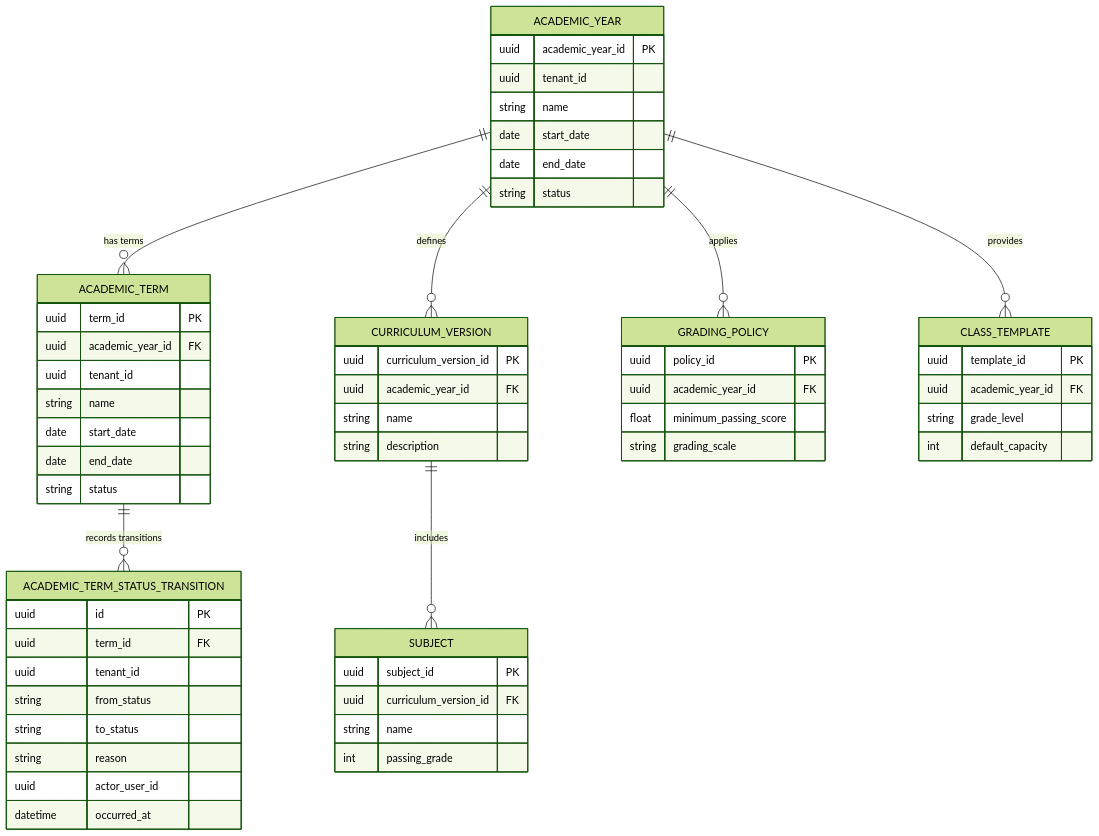
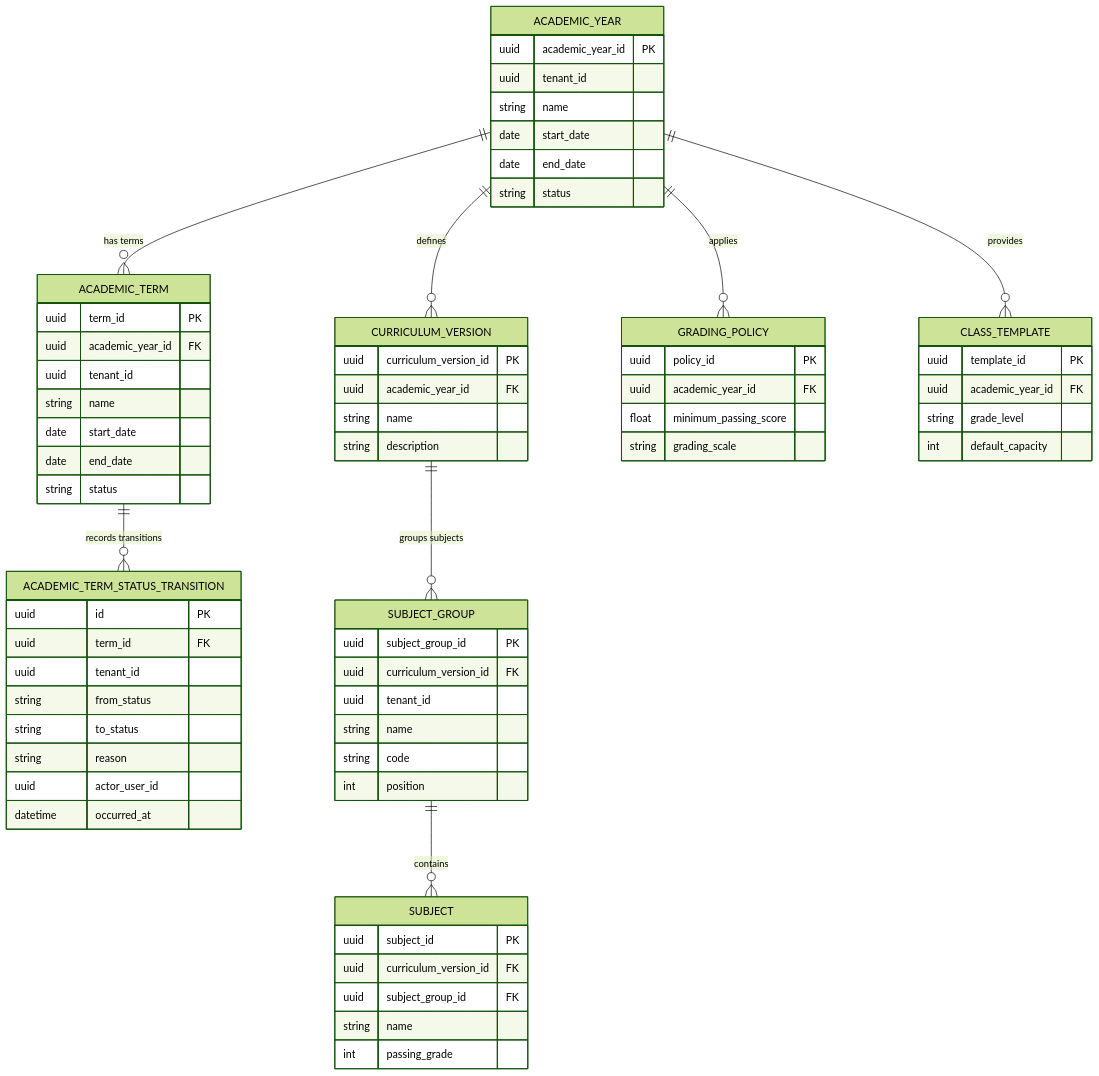
Before and after one commit to protocyber/akademiq: the diagram in docs/internal/10_data_design/03_Academic_Config_Service_ERD.md, drawn with Mermaid (forest theme). The commit also changed other lines of this file and 25 other files, not shown here.

````diff
--- a/docs/internal/10_data_design/03_Academic_Config_Service_ERD.md
+++ b/docs/internal/10_data_design/03_Academic_Config_Service_ERD.md
@@ -3,67 +3,78 @@
 ```mermaid
 erDiagram
 ACADEMIC_YEAR {
   uuid academic_year_id PK
   uuid tenant_id
   string name
   date start_date
   date end_date
   string status
 }
 
 ACADEMIC_TERM {
   uuid term_id PK
   uuid academic_year_id FK
   uuid tenant_id
   string name
   date start_date
   date end_date
   string status
 }
 
 ACADEMIC_TERM_STATUS_TRANSITION {
   uuid id PK
   uuid term_id FK
   uuid tenant_id
   string from_status
   string to_status
   string reason
   uuid actor_user_id
   datetime occurred_at
 }
 
 CURRICULUM_VERSION {
   uuid curriculum_version_id PK
   uuid academic_year_id FK
   string name
   string description
 }
 
+SUBJECT_GROUP {
+  uuid subject_group_id PK
+  uuid curriculum_version_id FK
+  uuid tenant_id
+  string name
+  string code
+  int position
+}
+
 SUBJECT {
   uuid subject_id PK
   uuid curriculum_version_id FK
+  uuid subject_group_id FK
   string name
   int passing_grade
 }
 
 GRADING_POLICY {
   uuid policy_id PK
   uuid academic_year_id FK
   float minimum_passing_score
   string grading_scale
 }
 
 CLASS_TEMPLATE {
   uuid template_id PK
   uuid academic_year_id FK
   string grade_level
   int default_capacity
 }
 
 ACADEMIC_YEAR ||--o{ ACADEMIC_TERM : "has terms"
 ACADEMIC_TERM ||--o{ ACADEMIC_TERM_STATUS_TRANSITION : "records transitions"
 ACADEMIC_YEAR ||--o{ CURRICULUM_VERSION : defines
-CURRICULUM_VERSION ||--o{ SUBJECT : includes
+CURRICULUM_VERSION ||--o{ SUBJECT_GROUP : "groups subjects"
+SUBJECT_GROUP ||--o{ SUBJECT : contains
 ACADEMIC_YEAR ||--o{ GRADING_POLICY : applies
 ACADEMIC_YEAR ||--o{ CLASS_TEMPLATE : provides
 ```
````
